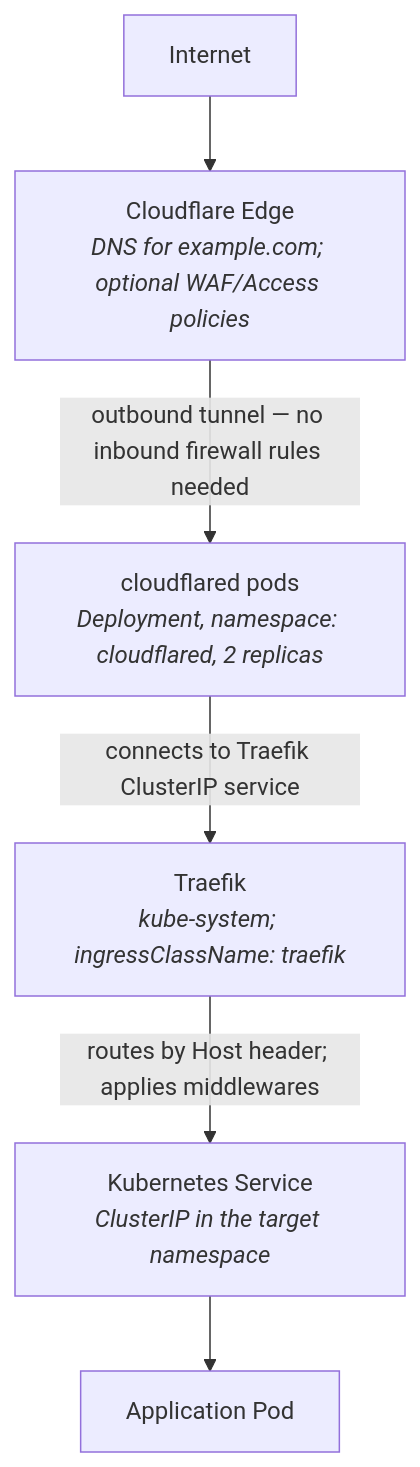
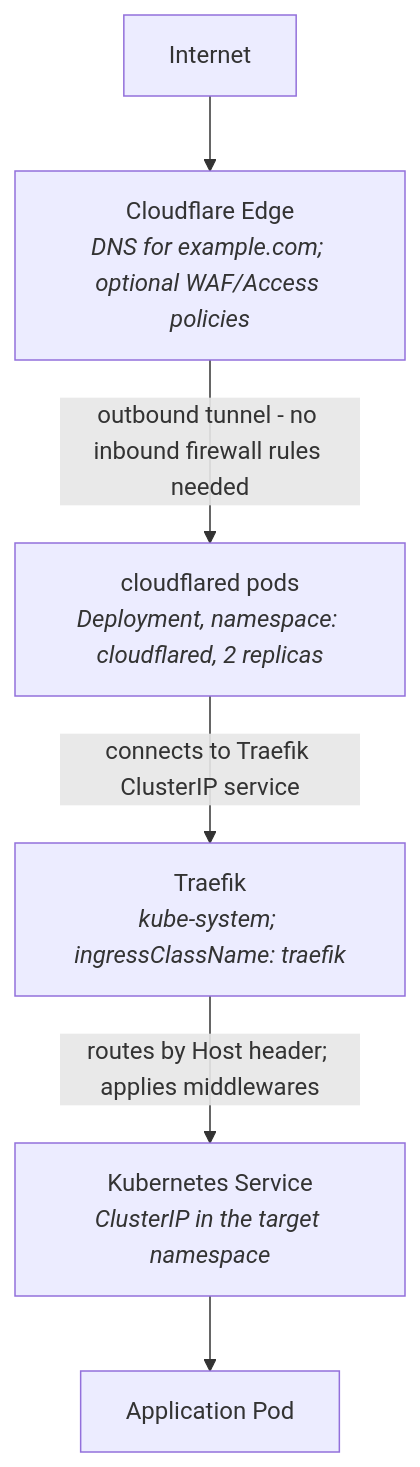
The first of 2 diagrams in docs/cloudflare-tunnels.md (hexabyte8/homelab), drawn with Mermaid before and after one commit. The commit also changed other lines of this file and 44 other files, not shown here.

````diff
--- a/docs/cloudflare-tunnels.md
+++ b/docs/cloudflare-tunnels.md
@@ -35,8 +35,8 @@
 ```mermaid
 graph TD
     inet["Internet"] --> cfe["Cloudflare Edge<br/><i>DNS for example.com; optional WAF/Access policies</i>"]
-    cfe -->|outbound tunnel — no inbound firewall rules needed| cfd["cloudflared pods<br/><i>Deployment, namespace: cloudflared, 2 replicas</i>"]
+    cfe -->|outbound tunnel - no inbound firewall rules needed| cfd["cloudflared pods<br/><i>Deployment, namespace: cloudflared, 2 replicas</i>"]
     cfd -->|connects to Traefik ClusterIP service| traefik["Traefik<br/><i>kube-system; ingressClassName: traefik</i>"]
     traefik -->|routes by Host header; applies middlewares| svc["Kubernetes Service<br/><i>ClusterIP in the target namespace</i>"]
     svc --> pod["Application Pod"]
 ```
````
